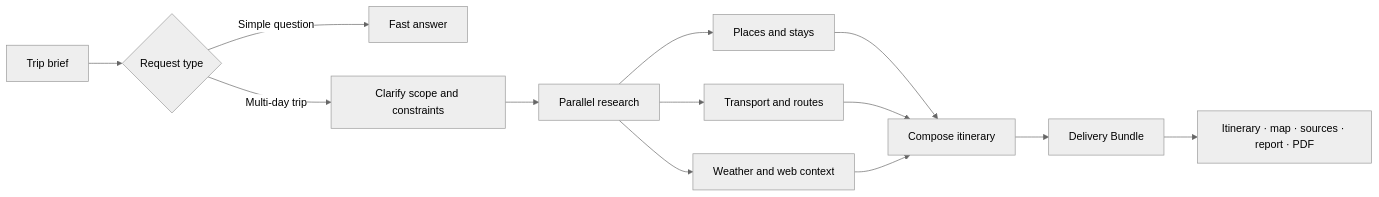
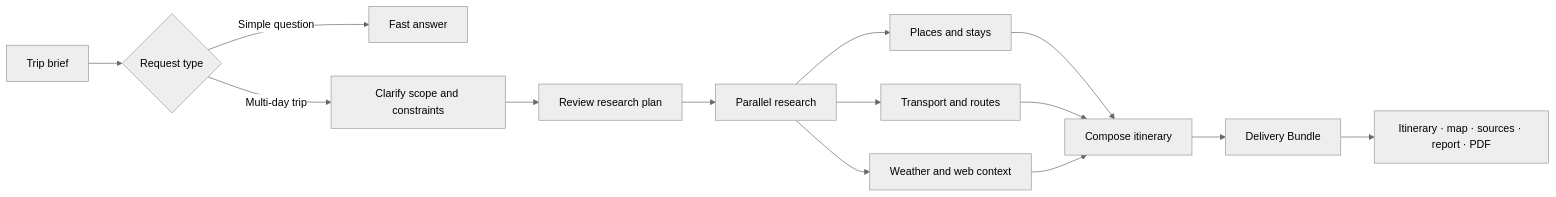
The diagram in README.md (Lagom-TA/JourneyPilot), drawn with Mermaid (neutral theme) before and after one commit. The commit also changed other lines of this file and 123 other files, not shown here.

Commit message:
feat(planning): clarify requirements before authorized research

````diff
--- a/README.md
+++ b/README.md
@@ -199,15 +199,16 @@
 ```mermaid
 flowchart LR
     Brief["Trip brief"] --> Route{"Request type"}
     Route -->|Simple question| Fast["Fast answer"]
     Route -->|Multi-day trip| Clarify["Clarify scope and constraints"]
-    Clarify --> Research["Parallel research"]
+    Clarify --> Approve["Review research plan"]
+    Approve --> Research["Parallel research"]
     Research --> Places["Places and stays"]
     Research --> Transport["Transport and routes"]
     Research --> Context["Weather and web context"]
     Places --> Compose["Compose itinerary"]
     Transport --> Compose
     Context --> Compose
     Compose --> Delivery["Delivery Bundle"]
     Delivery --> Workspace["Itinerary · map · sources · report · PDF"]
 ```
````
